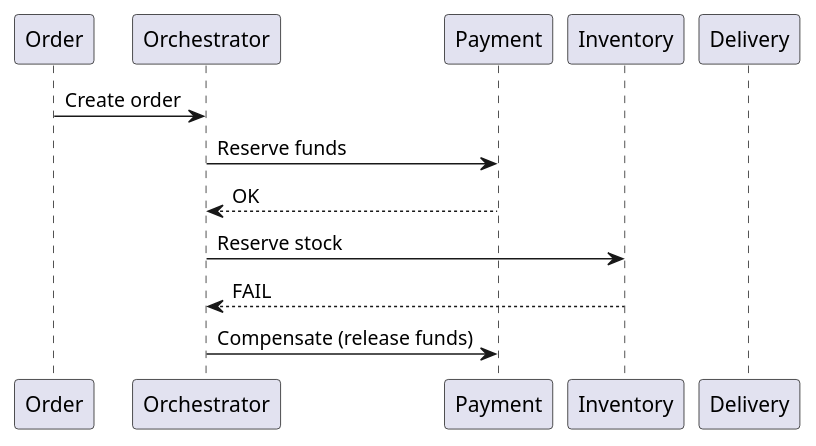
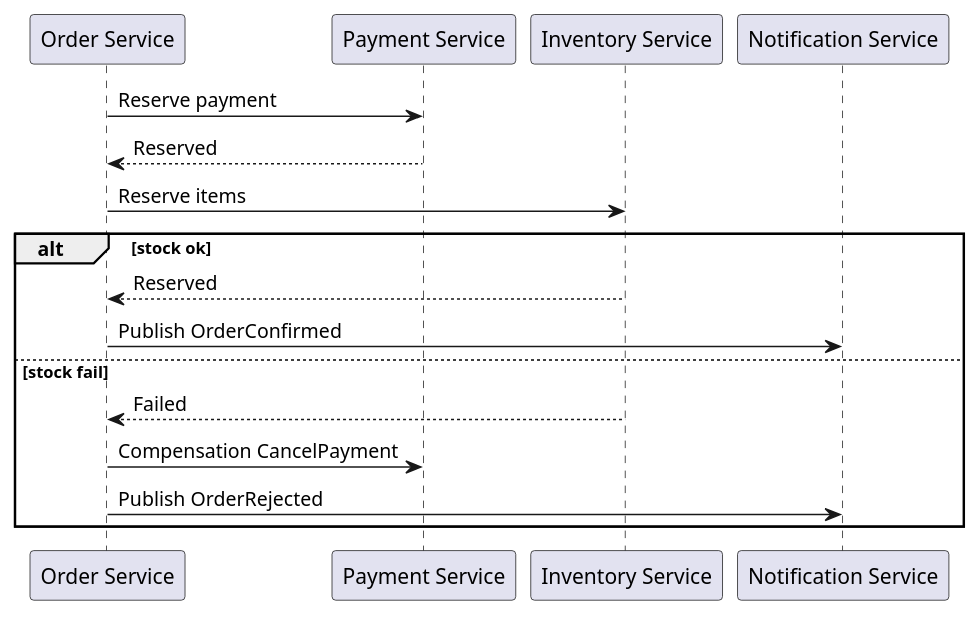
One commit to iwizy/analyst_kb changed the diagram in docs/integrations/integration-methods/patterns.md. Above: the diagram before and after it, drawn with PlantUML. The commit also changed other lines of this file and 33 other files, not shown here.

````diff
--- a/docs/integrations/integration-methods/patterns.md
+++ b/docs/integrations/integration-methods/patterns.md
@@ -33,16 +49,20 @@
 ```kroki-plantuml
 @startuml
-participant Order
-participant Orchestrator
-participant Payment
-participant Inventory
-participant Delivery
+participant "Order Service" as O
+participant "Payment Service" as P
+participant "Inventory Service" as I
+participant "Notification Service" as N
 
-Order -> Orchestrator: Create order
-Orchestrator -> Payment: Reserve funds
-Payment --> Orchestrator: OK
-Orchestrator -> Inventory: Reserve stock
-Inventory --> Orchestrator: FAIL
-Orchestrator -> Payment: Compensate (release funds)
+O -> P: Reserve payment
+P --> O: Reserved
+O -> I: Reserve items
+alt stock ok
+  I --> O: Reserved
+  O -> N: Publish OrderConfirmed
+else stock fail
+  I --> O: Failed
+  O -> P: Compensation CancelPayment
+  O -> N: Publish OrderRejected
+end
 @enduml
 ```
````
